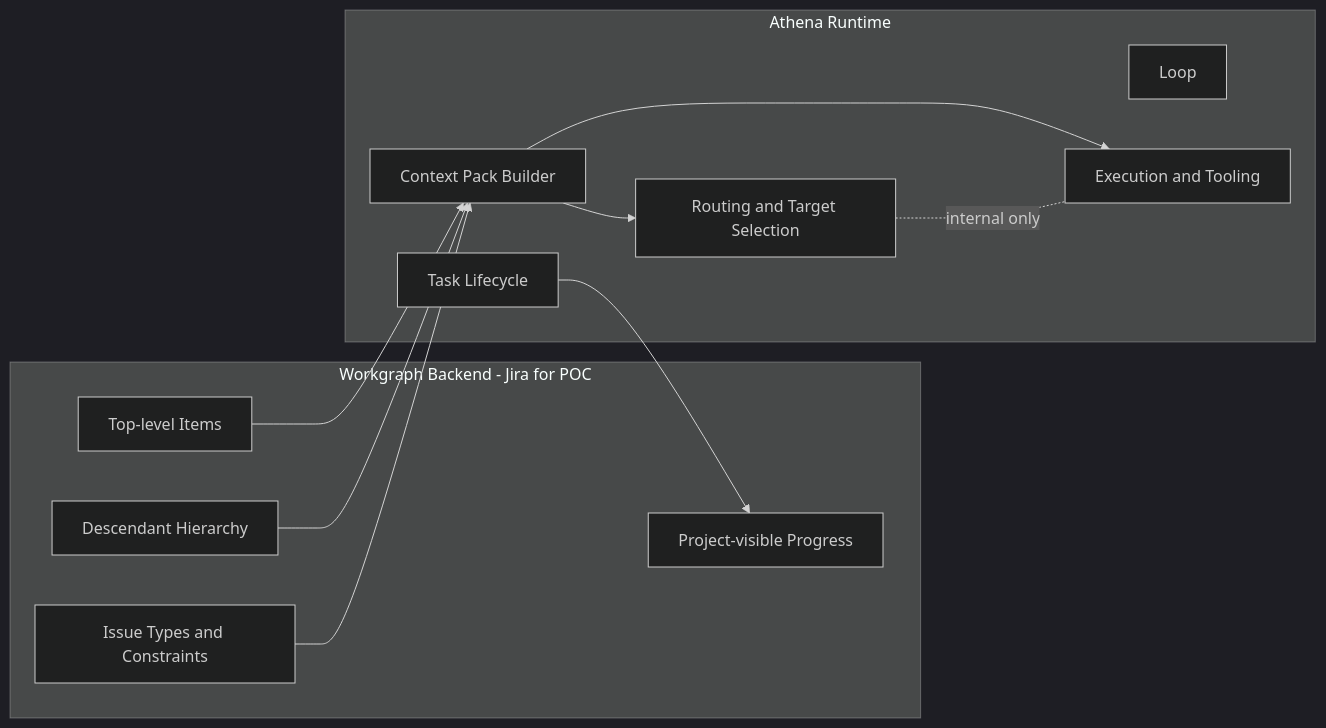
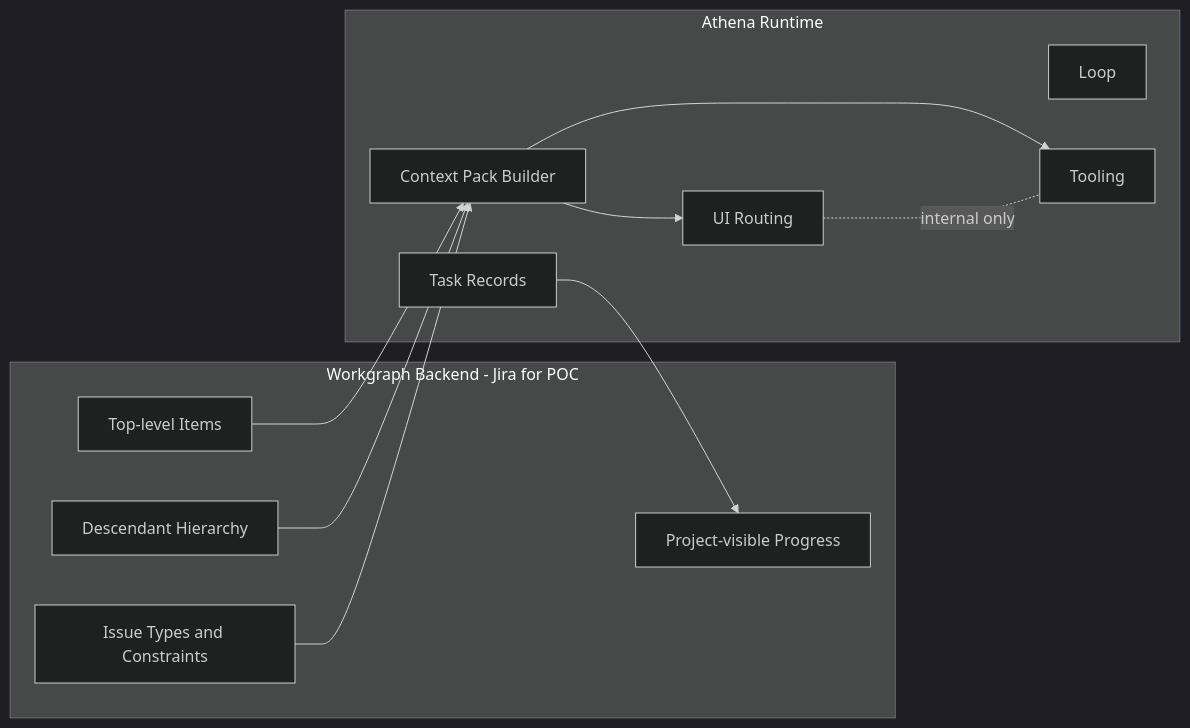
The first of 2 diagrams in docs/workgraph.md (canonical/athena), drawn with Mermaid (dark theme) before and after one commit. The commit also changed other lines of this file and 73 other files, not shown here.

````diff
--- a/docs/workgraph.md
+++ b/docs/workgraph.md
@@ -26,26 +25,26 @@
 ```mermaid
 flowchart LR
 		subgraph PM[Workgraph Backend - Jira for POC]
 			A[Top-level Items]
 			B[Descendant Hierarchy]
 			C[Issue Types and Constraints]
 			D[Project-visible Progress]
 		end
 
 		subgraph ATH[Athena Runtime]
 			E[Loop]
-			F[Task Lifecycle]
-			G[Routing and Target Selection]
-			H[Execution and Tooling]
+			F[Task Records]
+			G[UI Routing]
+			H[Tooling]
 			I[Context Pack Builder]
 		end
 
 		A --> I
 		B --> I
 		C --> I
 		I --> G
 		I --> H
 		F --> D
 
 		G -.internal only.- H
 ```
````
